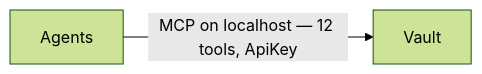
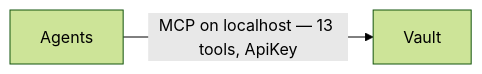
The ninth of 10 diagrams in docs/ARCHITECTURE.md (dgraziosi/foundation), drawn with Mermaid (forest theme) before and after one commit. The commit also changed other lines of this file and 31 other files, not shown here.

````diff
--- a/docs/ARCHITECTURE.md
+++ b/docs/ARCHITECTURE.md
@@ -212,4 +219,4 @@
 ```mermaid
 flowchart LR
-  agents["Agents"] -->|"MCP on localhost — 12 tools, ApiKey"| vault["Vault"]
+  agents["Agents"] -->|"MCP on localhost — 13 tools, ApiKey"| vault["Vault"]
 ```
````
